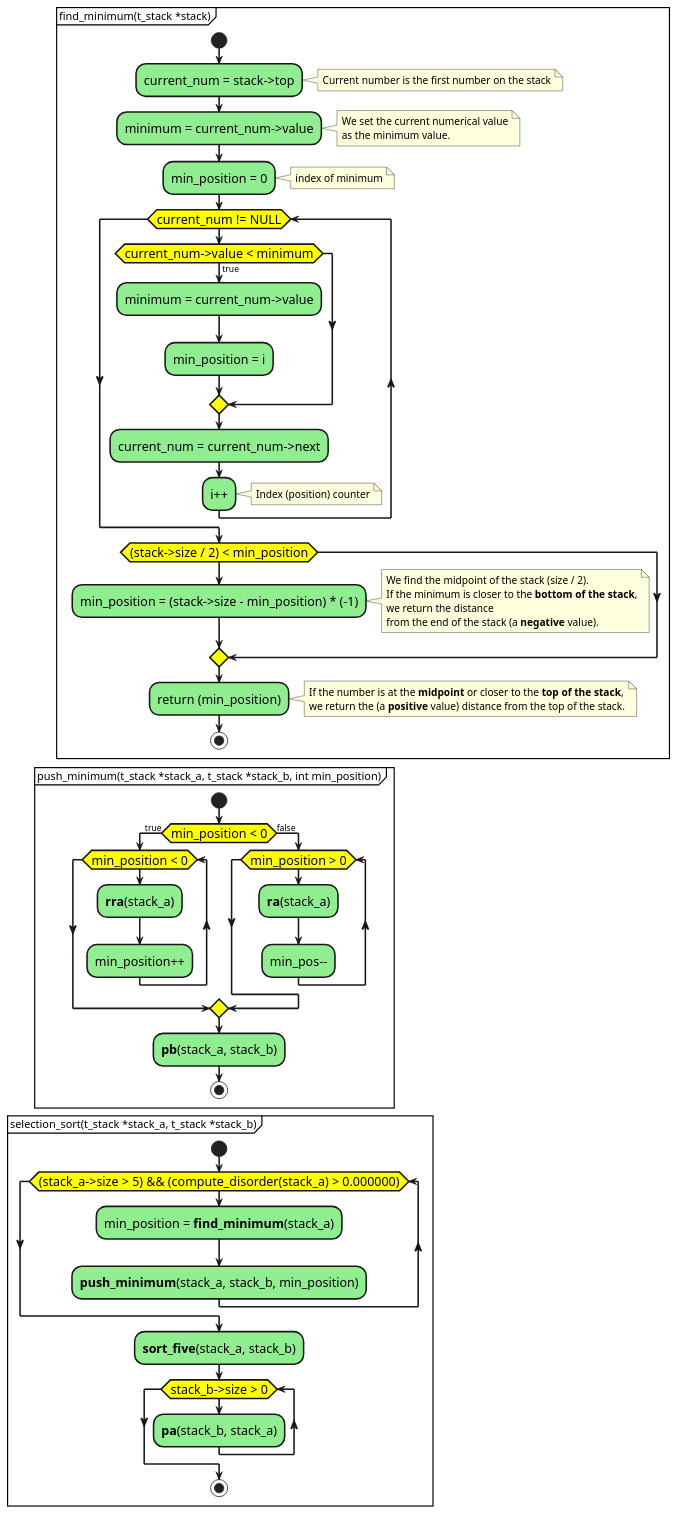
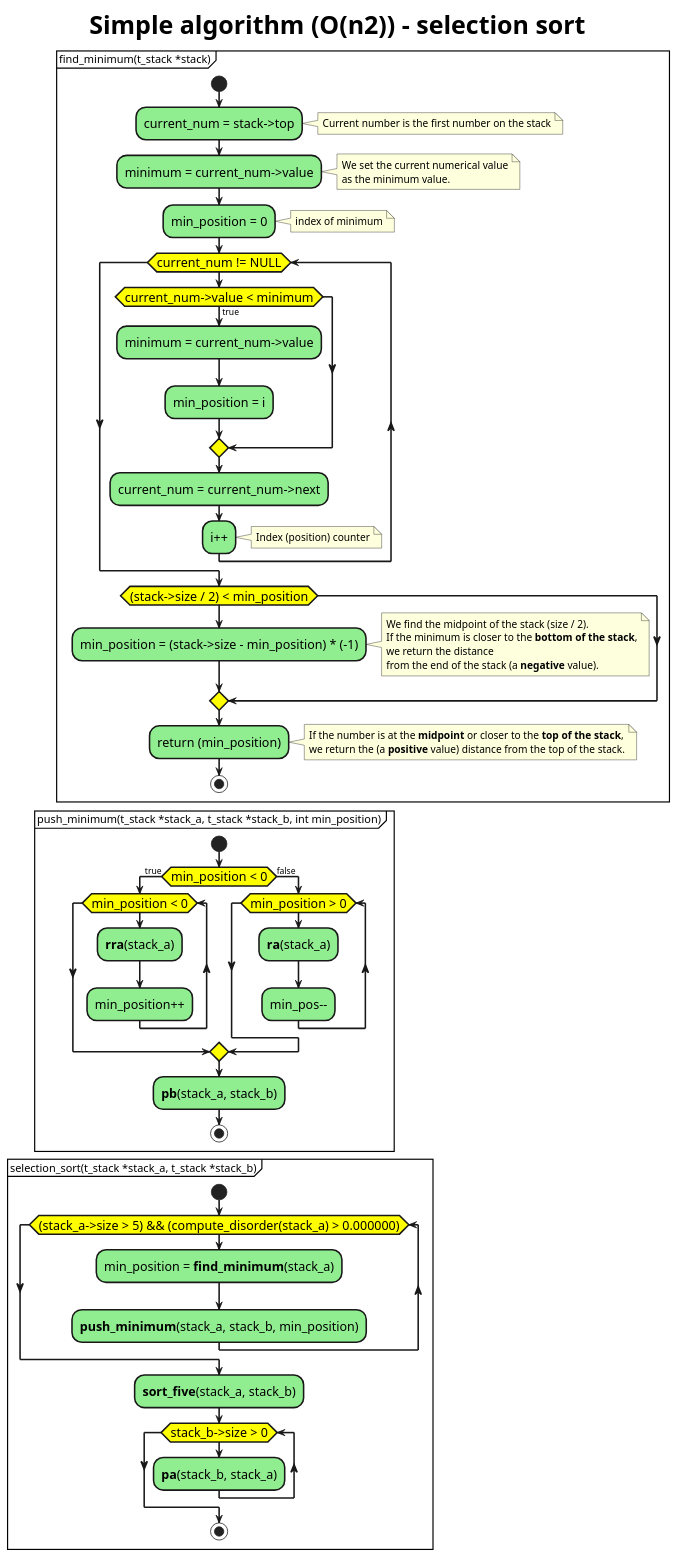
One commit to martinaradkovicova-lgtm/ft_push_swap changed the diagram in selection_sort.puml. Above: the diagram before and after it, drawn with PlantUML.

```diff
--- a/selection_sort.puml
+++ b/selection_sort.puml
@@ -1,66 +1,67 @@
 @startuml
 skinparam {
 ActivityBackgroundColor LightGreen;
 ActivityDiamondBackgroundColor yellow;
 ActivityFontSize 16;
 ActivityBorderThickness 2
 title {
 FontSize 32
 }
 }
+title Simple algorithm (O(n2)) - selection sort
 partition "find_minimum(t_stack *stack)" {
 start
 :current_num = stack->top;
 note right: Current number is the first number on the stack
 :minimum = current_num->value;
 note right: We set the current numerical value\nas the minimum value.
 :min_position = 0;
 note right: index of minimum
     while (current_num != NULL)
         if (current_num->value < minimum) is (true) then
             :minimum = current_num->value;
             :min_position = i;
         endif
             :current_num = current_num->next;
             :i++;
             note right: Index (position) counter
     endwhile
 if ((stack->size / 2) < min_position)
     :min_position = (stack->size - min_position) * (-1);
     note right: We find the midpoint of the stack (size / 2).\nIf the minimum is closer to the **bottom of the stack**,\nwe return the distance\nfrom the end of the stack (a **negative** value).
 endif
 :return (min_position);
 note right: If the number is at the **midpoint** or closer to the **top of the stack**,\nwe return the (a **positive** value) distance from the top of the stack.
 stop
 }
 
 partition "push_minimum(t_stack *stack_a, t_stack *stack_b, int min_position)" {
 start
 if (min_position < 0) is (true) then
     while (min_position < 0)
         :**rra**(stack_a);
         :min_position++;
     endwhile
 else (false)
     while (min_position > 0)
         :**ra**(stack_a);
         :min_pos--;
     endwhile
 endif
 :**pb**(stack_a, stack_b);
 stop
 }
 
 partition "selection_sort(t_stack *stack_a, t_stack *stack_b)"{
 start
     while ((stack_a->size > 5) && (compute_disorder(stack_a) > 0.000000))
         :min_position = **find_minimum**(stack_a);
         :**push_minimum**(stack_a, stack_b, min_position);
     endwhile
     :**sort_five**(stack_a, stack_b);
     while (stack_b->size > 0)
         :**pa**(stack_b, stack_a);
     endwhile
 stop
 }
 @enduml
```
